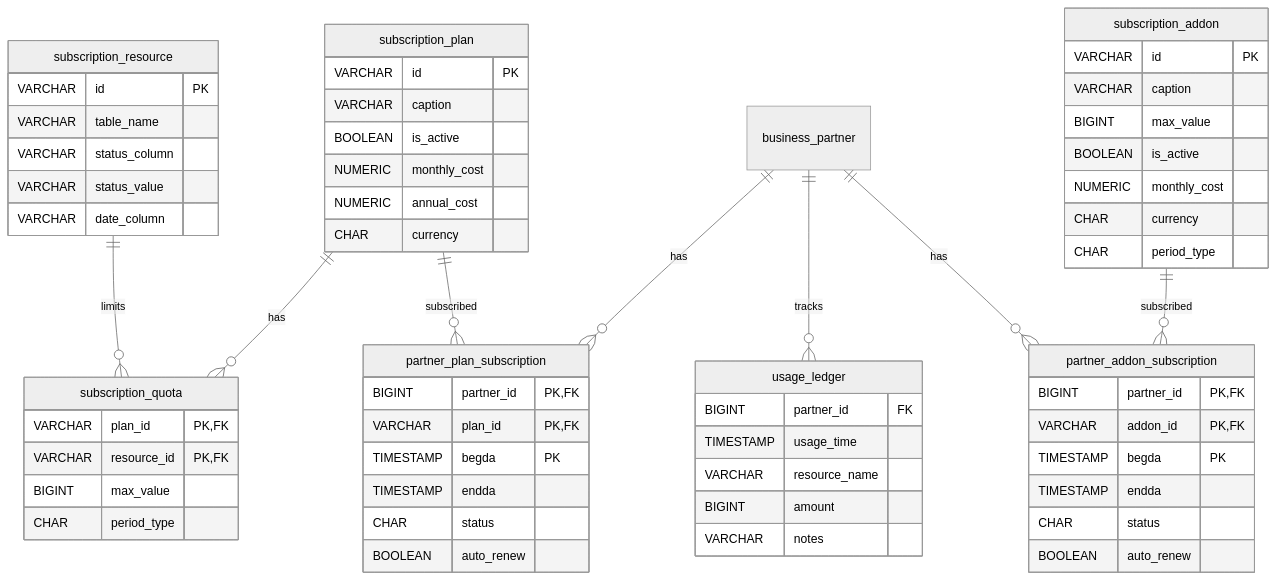
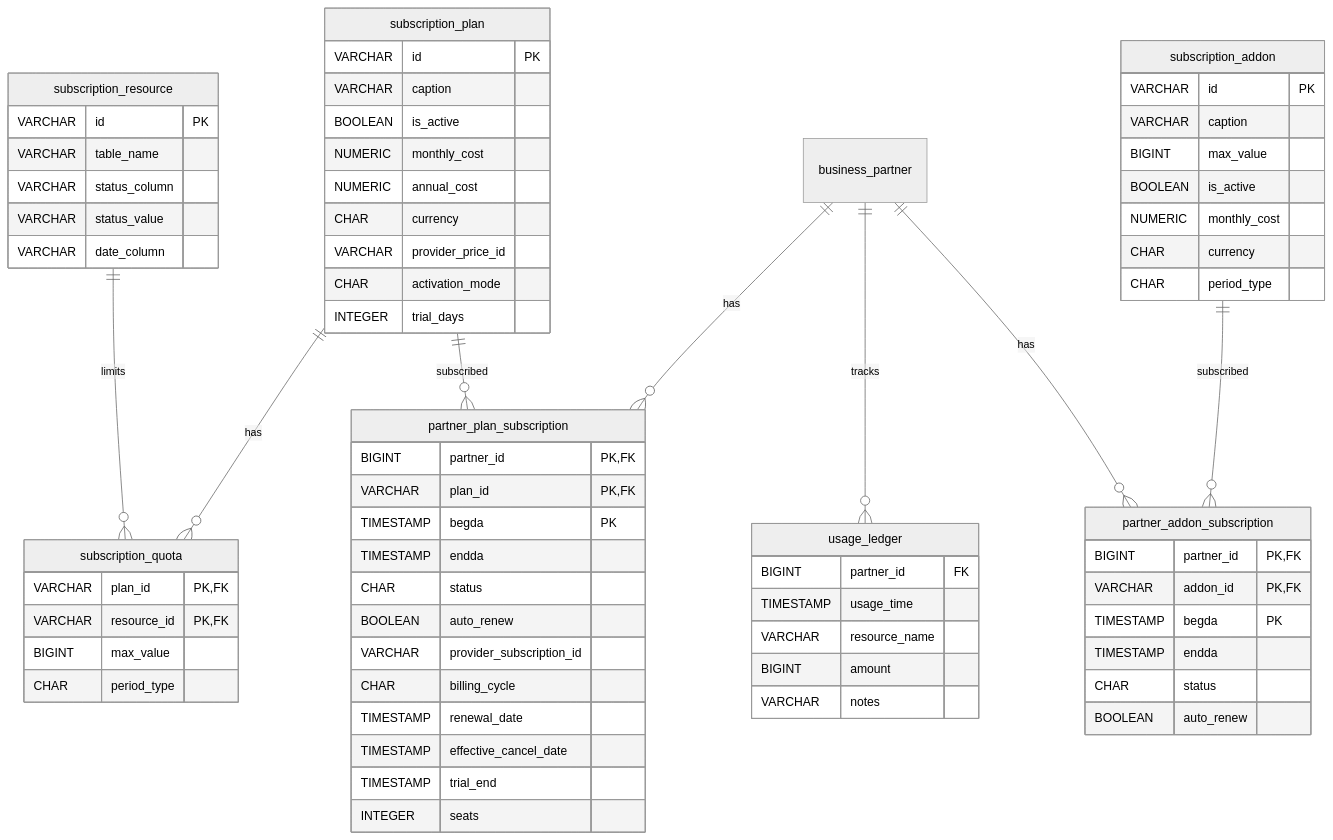
Before and after one commit to nauticana/keel: diagram 11 of 14 in README.md, drawn with Mermaid (neutral theme). The commit also changed other lines of this file and 10 other files, not shown here.

````diff
--- a/README.md
+++ b/README.md
@@ -2139,64 +2159,73 @@
 ```mermaid
 erDiagram
     subscription_resource ||--o{ subscription_quota : limits
     subscription_plan ||--o{ subscription_quota : has
     subscription_plan ||--o{ partner_plan_subscription : subscribed
     business_partner ||--o{ partner_plan_subscription : has
     business_partner ||--o{ usage_ledger : tracks
     subscription_addon ||--o{ partner_addon_subscription : subscribed
     business_partner ||--o{ partner_addon_subscription : has
 
     subscription_plan {
         VARCHAR id PK
         VARCHAR caption
         BOOLEAN is_active
         NUMERIC monthly_cost
         NUMERIC annual_cost
         CHAR currency
+        VARCHAR provider_price_id
+        CHAR activation_mode
+        INTEGER trial_days
     }
     subscription_resource {
         VARCHAR id PK
         VARCHAR table_name
         VARCHAR status_column
         VARCHAR status_value
         VARCHAR date_column
     }
     subscription_quota {
         VARCHAR plan_id PK,FK
         VARCHAR resource_id PK,FK
         BIGINT max_value
         CHAR period_type
     }
     subscription_addon {
         VARCHAR id PK
         VARCHAR caption
         BIGINT max_value
         BOOLEAN is_active
         NUMERIC monthly_cost
         CHAR currency
         CHAR period_type
     }
     partner_plan_subscription {
         BIGINT partner_id PK,FK
         VARCHAR plan_id PK,FK
         TIMESTAMP begda PK
         TIMESTAMP endda
         CHAR status
         BOOLEAN auto_renew
+        VARCHAR provider_subscription_id
+        CHAR billing_cycle
+        TIMESTAMP renewal_date
+        TIMESTAMP effective_cancel_date
+        TIMESTAMP trial_end
+        INTEGER seats
     }
     partner_addon_subscription {
         BIGINT partner_id PK,FK
         VARCHAR addon_id PK,FK
         TIMESTAMP begda PK
         TIMESTAMP endda
         CHAR status
         BOOLEAN auto_renew
     }
     usage_ledger {
         BIGINT partner_id FK
         TIMESTAMP usage_time
         VARCHAR resource_name
         BIGINT amount
         VARCHAR notes
     }
 ```
````
